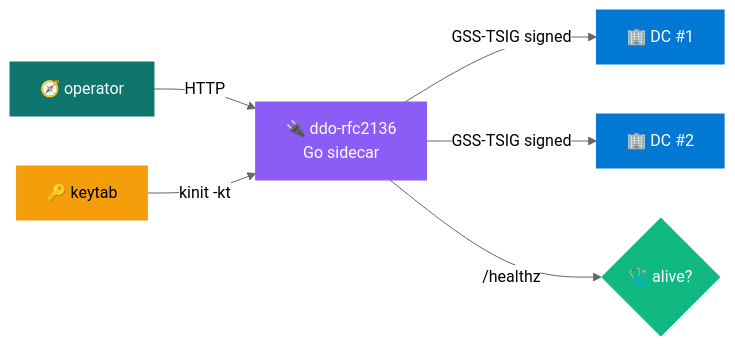
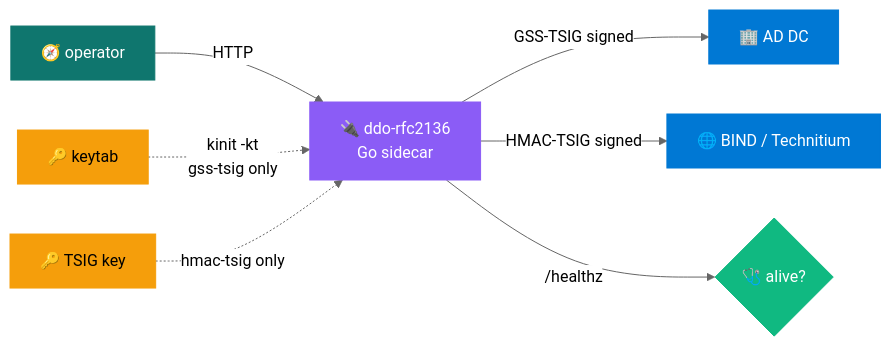
The second of 2 diagrams in README.md (mrkhachaturov/docker-dns-operator), drawn with Mermaid (neutral theme) before and after one commit. The commit also changed other lines of this file and 1 other file, not shown here.

First line of the commit message:
docs: RFC 2136 is not AD-only; bump ddo-rfc2136 to v0.3.0

````diff
--- a/README.md
+++ b/README.md
@@ -156,15 +174,17 @@
 ```mermaid
 graph LR
     OP["🧭 operator"] -->|HTTP| TR["🔌 ddo-rfc2136<br/>Go sidecar"]
-    KT["🔑 keytab"] -->|kinit -kt| TR
-    TR -->|GSS-TSIG signed| DC1["🏢 DC #1"]
-    TR -->|GSS-TSIG signed| DC2["🏢 DC #2"]
+    KT["🔑 keytab"] -.->|kinit -kt<br/>gss-tsig only| TR
+    TK["🔑 TSIG key"] -.->|hmac-tsig only| TR
+    TR -->|GSS-TSIG signed| DC1["🏢 AD DC"]
+    TR -->|HMAC-TSIG signed| NS1["🌐 BIND / Technitium"]
     TR -->|/healthz| HC{"🩺 alive?"}
 
     style OP fill:#0f766e,color:#fff,stroke:#0f766e
     style TR fill:#8b5cf6,color:#fff,stroke:#8b5cf6
     style KT fill:#f59e0b,color:#000,stroke:#f59e0b
+    style TK fill:#f59e0b,color:#000,stroke:#f59e0b
     style DC1 fill:#0078d4,color:#fff,stroke:#0078d4
-    style DC2 fill:#0078d4,color:#fff,stroke:#0078d4
+    style NS1 fill:#0078d4,color:#fff,stroke:#0078d4
     style HC fill:#10b981,color:#fff,stroke:#10b981
 ```
````
